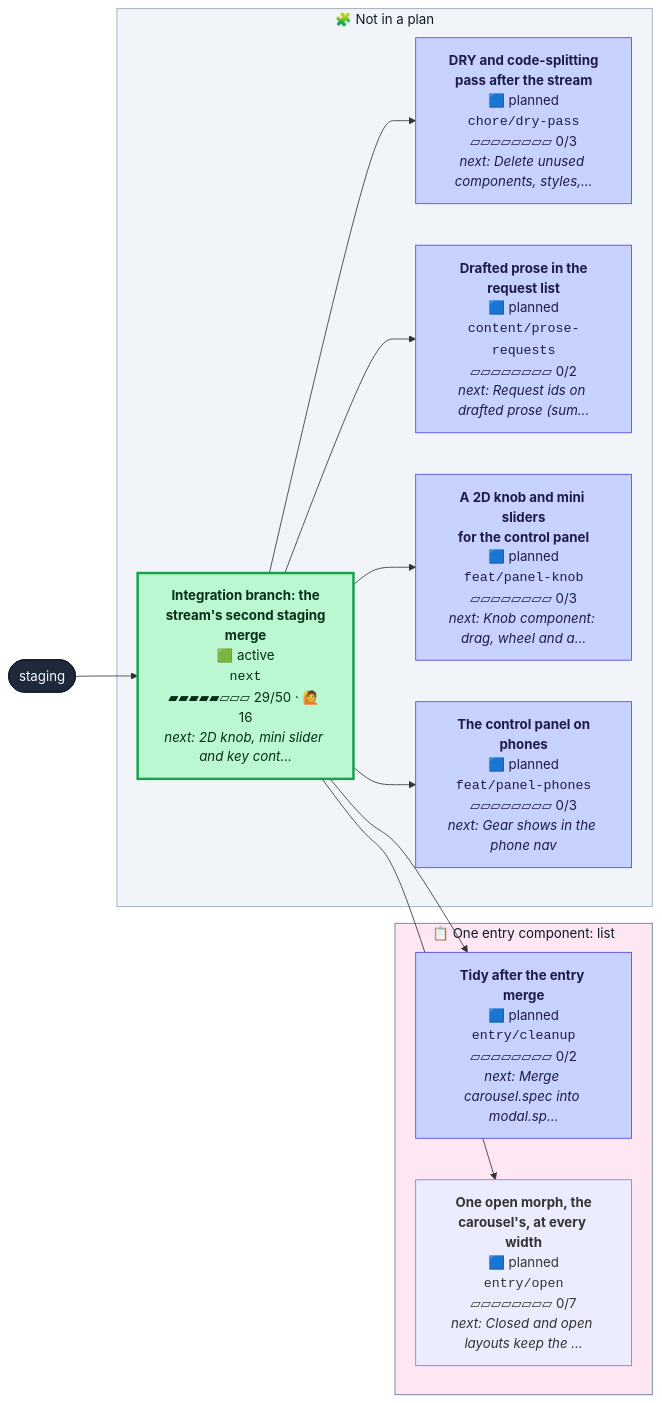
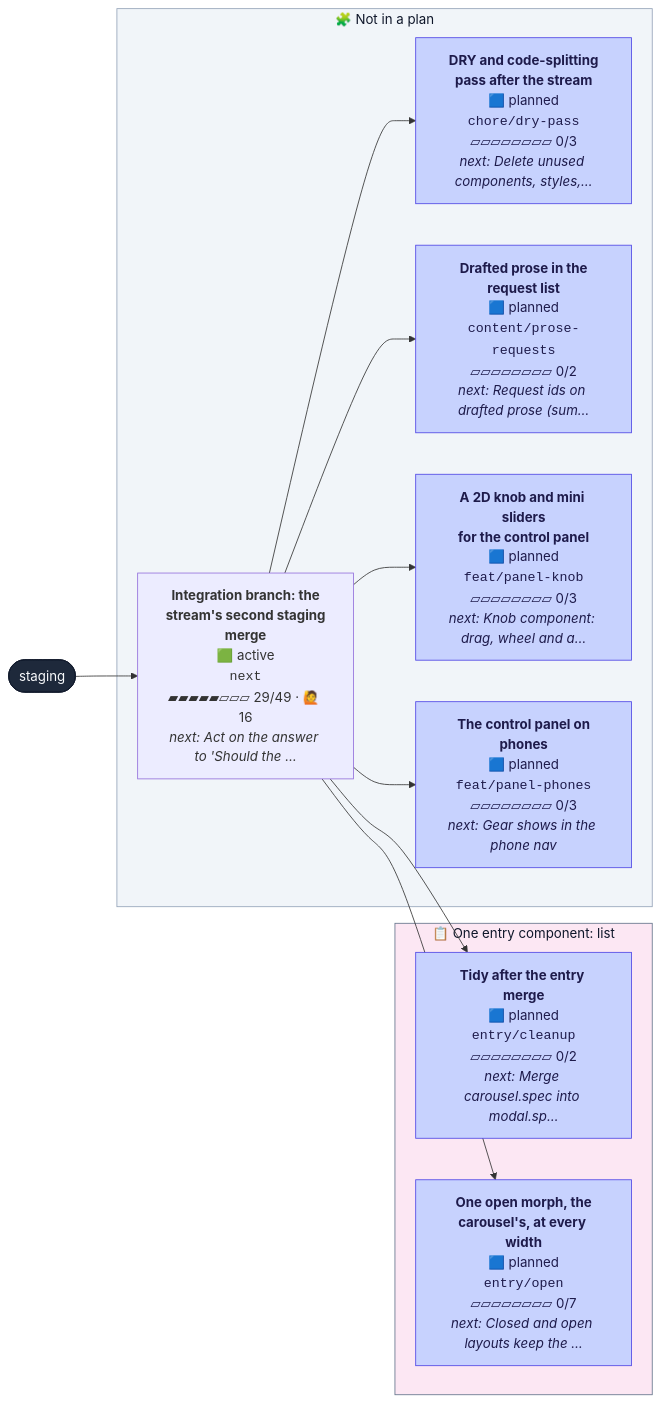
Before and after one commit to henryjonescodes/portfolio: the second of 2 diagrams in CONTRIBUTING.md, drawn with Mermaid. The commit also changed other lines of this file, not shown here.

````diff
--- a/CONTRIBUTING.md
+++ b/CONTRIBUTING.md
@@ -66,41 +63,41 @@
 ```mermaid
 flowchart LR
   n_staging([staging])
   class n_staging trunk
   subgraph plan_1["📋 One entry component: list"]
     n_entry_cleanup["<b>Tidy after the entry merge</b><br/>🟦 planned<br/><code>entry/cleanup</code><br/>▱▱▱▱▱▱▱▱ 0/2<br/><i>next: Merge carousel.spec into modal.sp…</i>"]
     class n_entry_cleanup planned
     n_entry_open["<b>One open morph, the<br/>carousel's, at every width</b><br/>🟦 planned<br/><code>entry/open</code><br/>▱▱▱▱▱▱▱▱ 0/7<br/><i>next: Closed and open layouts keep the …</i>"]
-    class n_entry_open planned,current
+    class n_entry_open planned
   end
   style plan_1 fill:#fce7f3,stroke:#64748b,color:#0f172a
   subgraph loose["🧩 Not in a plan"]
     n_chore_dry_pass["<b>DRY and code-splitting<br/>pass after the stream</b><br/>🟦 planned<br/><code>chore/dry-pass</code><br/>▱▱▱▱▱▱▱▱ 0/3<br/><i>next: Delete unused components, styles,…</i>"]
     class n_chore_dry_pass planned
     n_content_prose_requests["<b>Drafted prose in the<br/>request list</b><br/>🟦 planned<br/><code>content/prose-requests</code><br/>▱▱▱▱▱▱▱▱ 0/2<br/><i>next: Request ids on drafted prose (sum…</i>"]
     class n_content_prose_requests planned
     n_feat_panel_knob["<b>A 2D knob and mini sliders<br/>for the control panel</b><br/>🟦 planned<br/><code>feat/panel-knob</code><br/>▱▱▱▱▱▱▱▱ 0/3<br/><i>next: Knob component: drag, wheel and a…</i>"]
     class n_feat_panel_knob planned
     n_feat_panel_phones["<b>The control panel on<br/>phones</b><br/>🟦 planned<br/><code>feat/panel-phones</code><br/>▱▱▱▱▱▱▱▱ 0/3<br/><i>next: Gear shows in the phone nav</i>"]
     class n_feat_panel_phones planned
-    n_next["<b>Integration branch: the<br/>stream's second staging<br/>merge</b><br/>🟩 active<br/><code>next</code><br/>▰▰▰▰▰▱▱▱ 29/50 · 🙋 16<br/><i>next: 2D knob, mini slider and key cont…</i>"]
-    class n_next active
+    n_next["<b>Integration branch: the<br/>stream's second staging<br/>merge</b><br/>🟩 active<br/><code>next</code><br/>▰▰▰▰▰▱▱▱ 29/49 · 🙋 16<br/><i>next: Act on the answer to 'Should the …</i>"]
+    class n_next active,current
   end
   style loose fill:#f1f5f9,stroke:#94a3b8,color:#0f172a
   n_next --> n_chore_dry_pass
   n_next --> n_content_prose_requests
   n_next --> n_entry_cleanup
   n_next --> n_entry_open
   n_next --> n_feat_panel_knob
   n_next --> n_feat_panel_phones
   n_staging --> n_next
   classDef merged fill:#dcfce7,stroke:#16a34a,color:#052e16
   classDef todo fill:#ffffff,stroke:#94a3b8,stroke-dasharray:2 2,color:#334155
   classDef planned fill:#c7d2fe,stroke:#4f46e5,color:#1e1b4b
   classDef sketched fill:#f8fafc,stroke:#64748b,stroke-dasharray:4 3,color:#334155
   classDef active fill:#bbf7d0,stroke:#16a34a,stroke-width:3px,color:#052e16
   classDef review fill:#fde68a,stroke:#d97706,stroke-width:3px,color:#451a03
   classDef blocked fill:#fecaca,stroke:#dc2626,stroke-width:3px,color:#450a0a
   classDef trunk fill:#1e293b,stroke:#0f172a,color:#f8fafc
   classDef current stroke:#0ea5e9,stroke-width:5px
 ```
````
